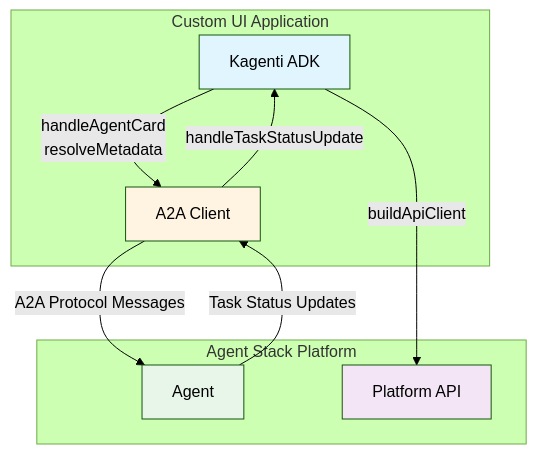
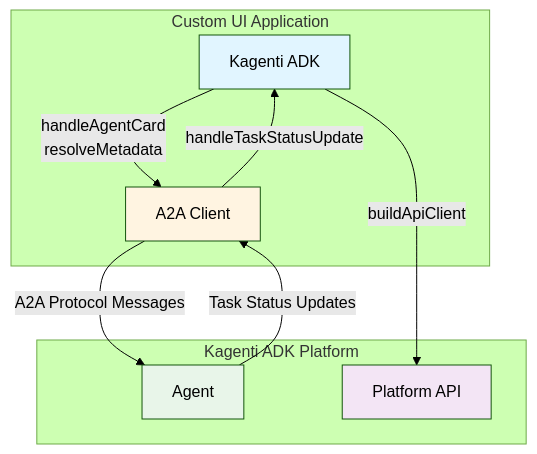
Before and after one commit to kagenti/agent-toolkit: the diagram in docs/development/custom-ui/getting-started.mdx, drawn with Mermaid (forest theme). The commit also changed other lines of this file and 105 other files, not shown here.

Commit message:
refactor: rename to kagenti adk across all documentation

````diff
--- a/docs/development/custom-ui/getting-started.mdx
+++ b/docs/development/custom-ui/getting-started.mdx
@@ -143,23 +143,23 @@
 ```mermaid
 graph TB
     subgraph CustomUI [Custom UI Application]
         SDK[Kagenti ADK]
         A2AClient[A2A Client]
     end
     
-    subgraph AgentStack [Agent Stack Platform]
+    subgraph Kagenti ADK [Kagenti ADK Platform]
         Agent[Agent]
         API[Platform API]
     end
     
     SDK -->|"handleAgentCard<br/>resolveMetadata"| A2AClient
     A2AClient -->|"A2A Protocol Messages"| Agent
     Agent -->|"Task Status Updates"| A2AClient
     A2AClient -->|"handleTaskStatusUpdate"| SDK
     SDK -->|"buildApiClient"| API
     
     style SDK fill:#e1f5ff,color:#000
     style A2AClient fill:#fff4e1,color:#000
     style Agent fill:#e8f5e9,color:#000
     style API fill:#f3e5f5,color:#000
 ```
````
